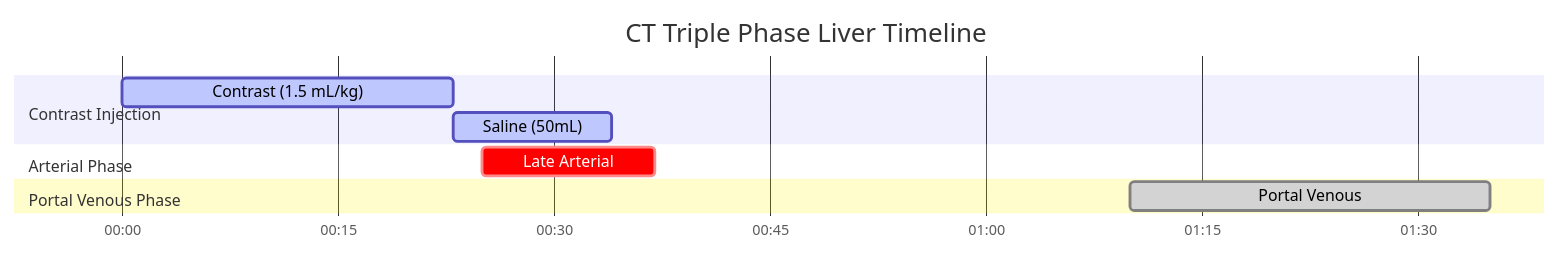
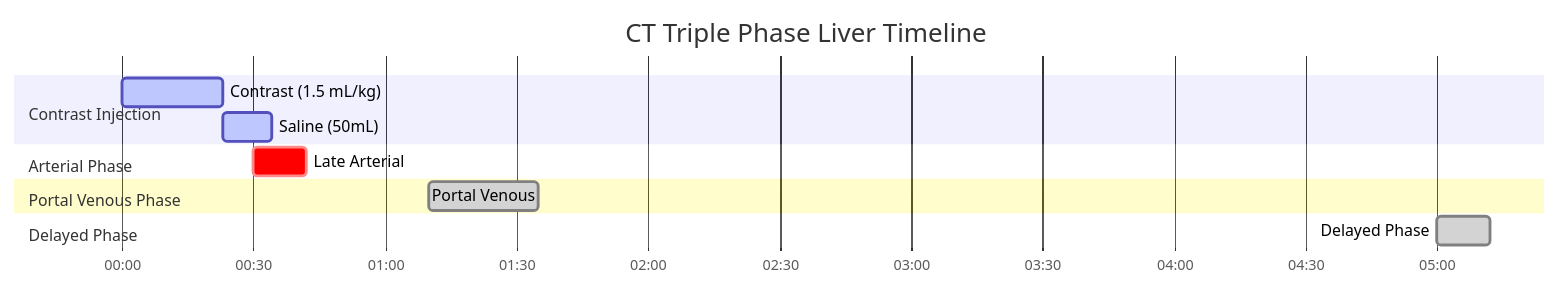
One commit to dfergs93/radiology-protocols changed the diagram in docs/ct/abdomen/ct-triple-phase-liver.md. Above: the diagram before and after it, drawn with Mermaid. The commit also changed other lines of this file and 79 other files, not shown here.

````diff
--- a/docs/ct/abdomen/ct-triple-phase-liver.md
+++ b/docs/ct/abdomen/ct-triple-phase-liver.md
@@ -86,18 +87,20 @@
   ```mermaid
   ---
   config:
     theme: default
   ---
     gantt
       title CT Triple Phase Liver Timeline
       dateFormat mm:ss
       axisFormat %M:%S 
       
       section Contrast Injection
       Contrast (1.5 mL/kg)    :active, contrast, 00:00, 23s
       Saline (50mL)          :active, saline, after contrast, 11s
       section Arterial Phase
-      Late Arterial    :crit, scan3, 00:25, 12s
+      Late Arterial    :crit, scan1, 00:30, 12s
       section Portal Venous Phase
-      Portal Venous    :done, scan4, 01:10, 25s
+      Portal Venous    :done, scan2, 01:10, 25s
+      section Delayed Phase
+      Delayed Phase    :done, scan3, 05:00, 12s
   ```
````
